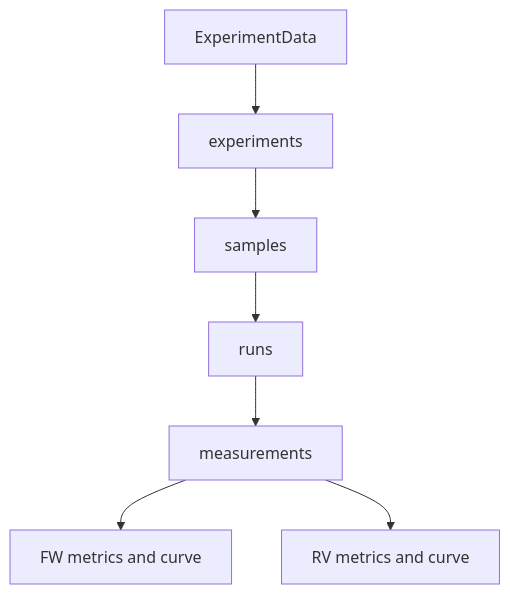
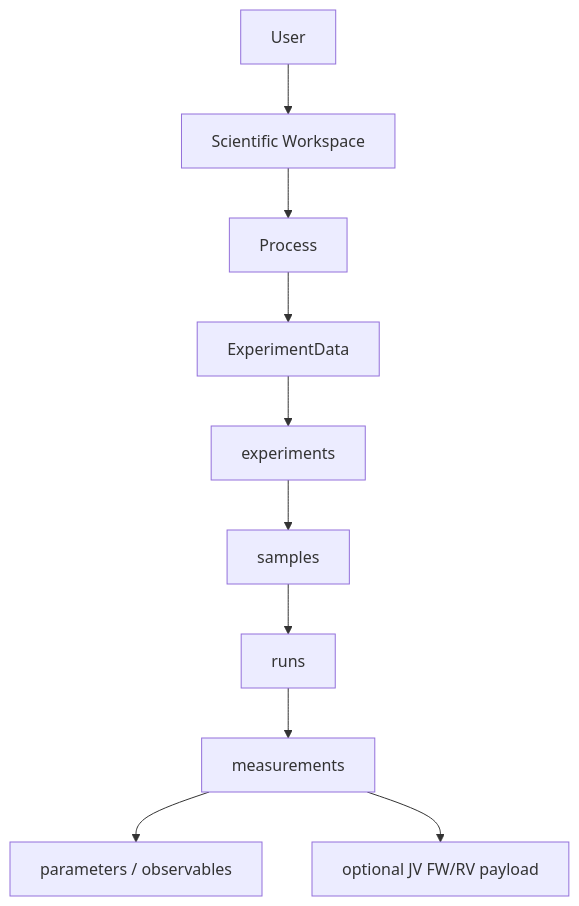
One commit to matginesi/LabFlow changed the second of 4 diagrams in README.md. Above: the diagram before and after it, drawn with Mermaid. The commit also changed other lines of this file and 40 other files, not shown here.

First line of the commit message:
feat: Enhance workspace management and data handling

````diff
--- a/README.md
+++ b/README.md
@@ -37,9 +37,12 @@
 ```mermaid
 flowchart TD
-    ED[ExperimentData] --> E[experiments]
+    U[User] --> W[Scientific Workspace]
+    W --> P[Process]
+    P --> ED[ExperimentData]
+    ED --> E[experiments]
     E --> S[samples]
     S --> R[runs]
     R --> M[measurements]
-    M --> FW[FW metrics and curve]
-    M --> RV[RV metrics and curve]
+    M --> Q[parameters / observables]
+    M --> JV[optional JV FW/RV payload]
 ```
````
